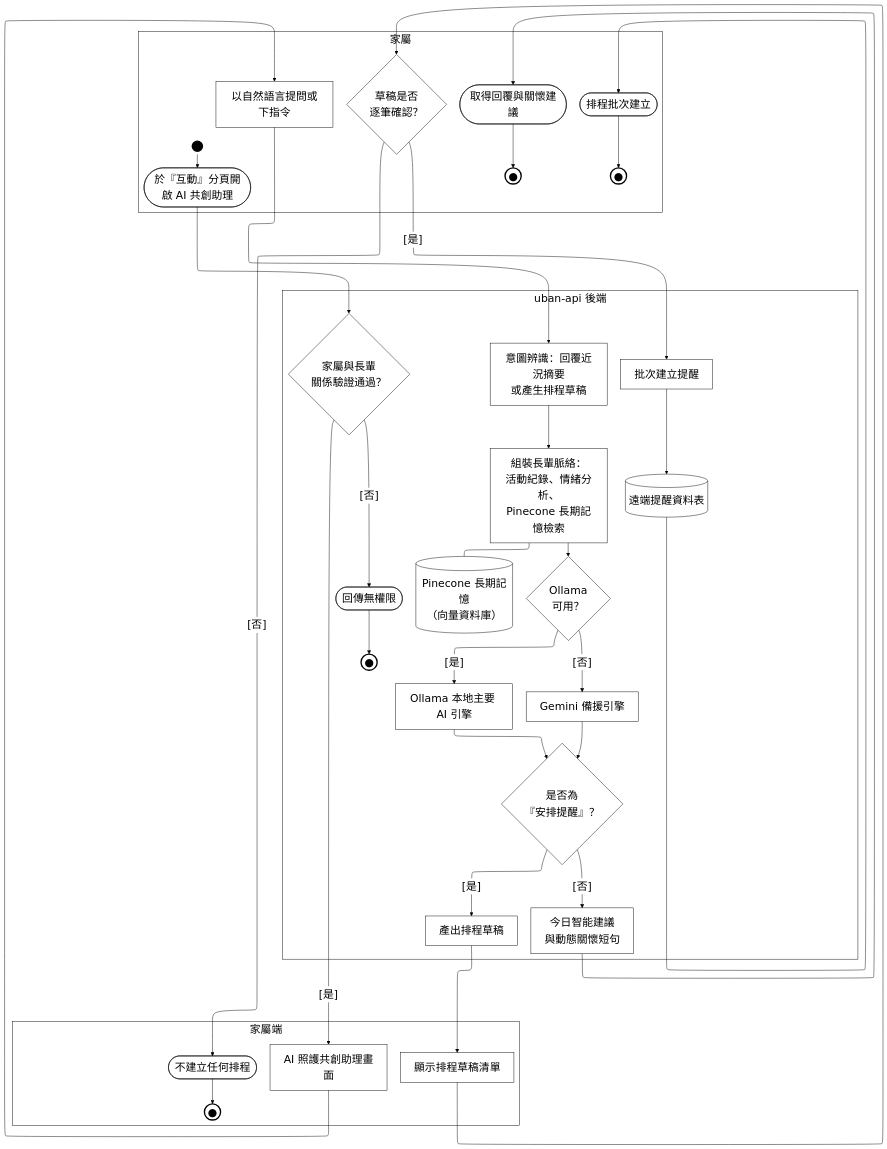
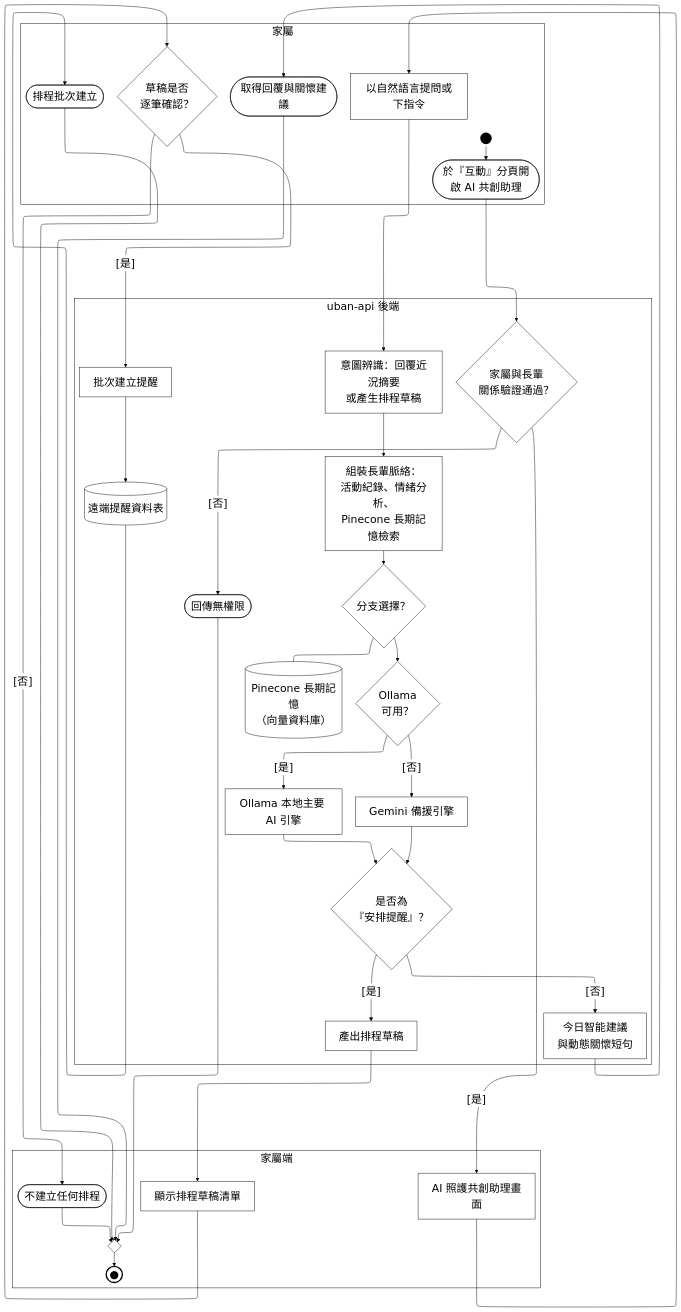
Before and after one commit to HuangYu-Kai/Uban: the diagram in Uban System Documents/mermaid原始碼/A19-AI協作.mmd, drawn with Mermaid. The commit also changed 226 other files, not shown here.

Commit message:
Complete system manual with updated diagrams, formatting, and natural language

```diff
--- a/Uban System Documents/mermaid原始碼/A19-AI協作.mmd
+++ b/Uban System Documents/mermaid原始碼/A19-AI協作.mmd
@@ -1,72 +1,72 @@
 %%{init:{"layout":"elk","elk":{"mergeEdges":false,"nodePlacementStrategy":"NETWORK_SIMPLEX"},"flowchart":{"htmlLabels":true},"themeVariables":{"clusterBkg":"#FFFFFF","clusterBorder":"#000000","edgeLabelBackground":"#FFFFFF","textColor":"#000000","nodeTextColor":"#000000","titleColor":"#000000","lineColor":"#000000","fontSize":"24px"}}}%%
 flowchart TD
+  %% 鎖住泳道順序：ELK 不照宣告順序排，沒有這條鏈後端會跑到最上面
   subgraph ROLE["家屬"]
     ST_S1(("&nbsp;")):::term
     S1([於『互動』分頁開啟 AI 共創助理]):::act
     S2["以自然語言提問或下指令"]:::act
     S3{"草稿是否<br/>逐筆確認？"}:::dec
     S4(["取得回覆與關懷建議"]):::act
-    EN_S4(("●")):::endterm
     S5(["排程批次建立"]):::act
-    EN_S5(("●")):::endterm
   end
   subgraph FE["家屬端"]
     PAD_FE["&nbsp;&nbsp;&nbsp;&nbsp;&nbsp;&nbsp;&nbsp;&nbsp;&nbsp;&nbsp;&nbsp;&nbsp;&nbsp;&nbsp;&nbsp;&nbsp;&nbsp;&nbsp;&nbsp;&nbsp;&nbsp;&nbsp;&nbsp;&nbsp;&nbsp;&nbsp;&nbsp;&nbsp;&nbsp;&nbsp;&nbsp;&nbsp;"]:::pad
     A1["AI 照護共創助理畫面"]:::act
     A2["顯示排程草稿清單"]:::act
     A3(["不建立任何排程"]):::act
-    EN_A3(("●")):::endterm
+    M_END{" "}:::dec
+    EN_ALL(("●")):::endterm
   end
   subgraph BE["uban-api 後端"]
     PAD_BE["&nbsp;&nbsp;&nbsp;&nbsp;&nbsp;&nbsp;&nbsp;&nbsp;&nbsp;&nbsp;&nbsp;&nbsp;&nbsp;&nbsp;&nbsp;&nbsp;&nbsp;&nbsp;&nbsp;&nbsp;&nbsp;&nbsp;&nbsp;&nbsp;&nbsp;&nbsp;&nbsp;&nbsp;&nbsp;"]:::pad
     G0{"家屬與長輩<br/>關係驗證通過？"}:::dec
     B1["意圖辨識：回覆近況摘要<br/>或產生排程草稿"]:::act
     B2["組裝長輩脈絡：<br/>活動紀錄、情緒分析、<br/>Pinecone 長期記憶檢索"]:::act
     B3{"Ollama<br/>可用？"}:::dec
     B4["Ollama 本地主要 AI 引擎"]:::act
     B5["Gemini 備援引擎"]:::act
     B6{"是否為<br/>『安排提醒』？"}:::dec
     B7["產出排程草稿"]:::act
     B8["批次建立提醒"]:::act
     B9["今日智能建議<br/>與動態關懷短句"]:::act
     DB[("遠端提醒資料表")]:::act
     PC[("Pinecone 長期記憶<br/>（向量資料庫）")]:::act
     X(["回傳無權限"]):::act
-    EN_X(("●")):::endterm
+    D_B2{"分支選擇？"}:::dec
   end
 
   ST_S1 --> S1
   S1 --> G0
   G0 -->|"[否]"| X
   G0 -->|"[是]"| A1
   A1 --> S2
   S2 --> B1
   B1 --> B2
-  B2 --- PC
-  B2 --> B3
+  D_B2 --- PC
+  D_B2 --> B3
   B3 -->|"[是]"| B4
   B3 -->|"[否]"| B5
   B4 --> B6
   B5 --> B6
   B6 -->|"[否]"| B9
   B9 --> S4
   B6 -->|"[是]"| B7
   B7 --> A2
   A2 --> S3
   S3 -->|"[否]"| A3
   S3 -->|"[是]"| B8
   B8 --> DB
   DB --> S5
-  S4 --> EN_S4
-  S5 --> EN_S5
-  A3 --> EN_A3
-  X --> EN_X
-  %% 鎖住泳道順序：ELK 不照宣告順序排，沒有這條鏈後端會跑到最上面
+  S4 --> M_END
+  S5 --> M_END
+  A3 --> M_END
+  X --> M_END
+  B2 --> D_B2
+  M_END --> EN_ALL
   ROLE ~~~ FE ~~~ BE
-
   classDef pad  fill:none,stroke:none,color:#FFFFFF
   classDef act  fill:#FFFFFF,stroke:#000000,stroke-width:1px,color:#000000
   classDef dec  fill:#FFFFFF,stroke:#000000,stroke-width:1px,color:#000000
   classDef term fill:#000000,stroke:#000000,stroke-width:3px,color:#000000
   classDef endterm fill:#FFFFFF,stroke:#000000,stroke-width:3px,color:#000000
   classDef gap  fill:#FFFFFF,stroke:#000000,stroke-width:1px,color:#000000,stroke-dasharray:4 3
```
